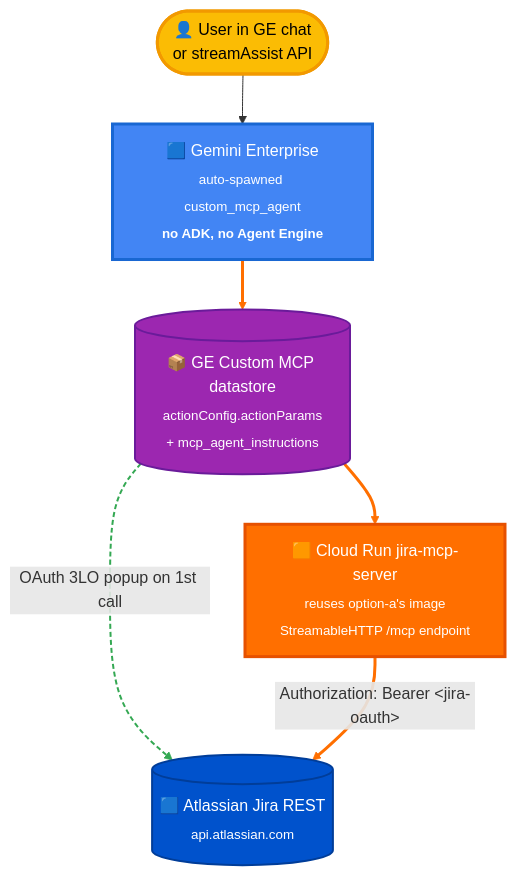
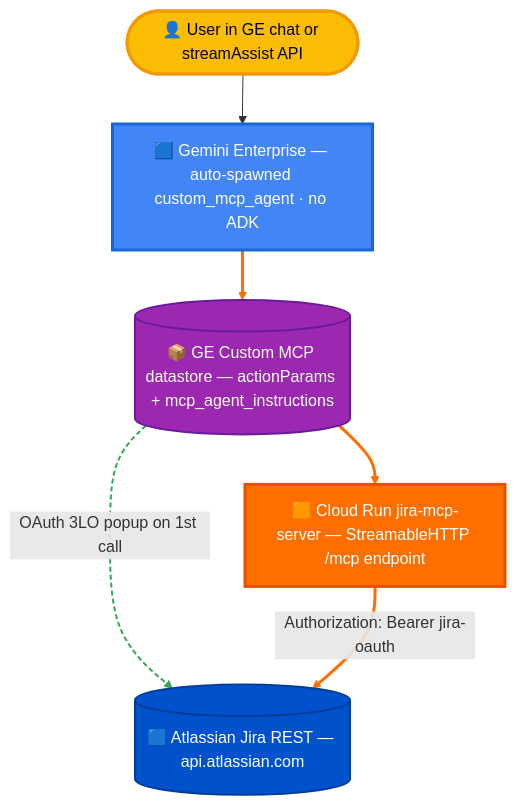
One commit to jchavezar/vertex-ai-samples changed the diagram in semiautonomous-agents/atlassian-jira-integration/option-c-custom-mcp-direct/README.md. Above: the diagram before and after it, drawn with Mermaid. The commit also changed 3 other files, not shown here.

Commit message:
fix(atlassian-jira-integration): collapse multi-line node labels to single-line so mermaid doesn't overlap text

````diff
--- a/semiautonomous-agents/atlassian-jira-integration/option-c-custom-mcp-direct/README.md
+++ b/semiautonomous-agents/atlassian-jira-integration/option-c-custom-mcp-direct/README.md
@@ -16,22 +16,22 @@
 ```mermaid
 flowchart TB
-  user(["👤 User in GE chat<br/>or streamAssist API"]):::user
-  ge["🟦 Gemini Enterprise<br/><sub>auto-spawned custom_mcp_agent</sub><br/><sub><b>no ADK, no Agent Engine</b></sub>"]:::ge
-  store[("📦 GE Custom MCP datastore<br/><sub>actionConfig.actionParams</sub><br/><sub>+ mcp_agent_instructions</sub>")]:::store
-  cr["🟧 Cloud Run jira-mcp-server<br/><sub>reuses option-a's image</sub><br/><sub>StreamableHTTP /mcp endpoint</sub>"]:::cr
-  jira[("🟦 Atlassian Jira REST<br/><sub>api.atlassian.com</sub>")]:::jira
+  user(["👤 User in GE chat or streamAssist API"]):::user
+  ge["🟦 Gemini Enterprise — auto-spawned custom_mcp_agent · no ADK"]:::ge
+  store[("📦 GE Custom MCP datastore — actionParams + mcp_agent_instructions")]:::store
+  cr["🟧 Cloud Run jira-mcp-server — StreamableHTTP /mcp endpoint"]:::cr
+  jira[("🟦 Atlassian Jira REST — api.atlassian.com")]:::jira
 
   user --> ge
   ge ==> store
   store -.->|OAuth 3LO popup on 1st call| jira
   store ==> cr
-  cr ==>|Authorization: Bearer &lt;jira-oauth&gt;| jira
+  cr ==>|Authorization: Bearer jira-oauth| jira
 
   classDef user fill:#FBBC04,stroke:#F29900,stroke-width:3px,color:#000
   classDef ge fill:#4285F4,stroke:#1967D2,stroke-width:3px,color:#fff
   classDef store fill:#9C27B0,stroke:#6A1B9A,stroke-width:2px,color:#fff
   classDef cr fill:#FF6F00,stroke:#E65100,stroke-width:3px,color:#fff
   classDef jira fill:#0052CC,stroke:#003D99,stroke-width:2px,color:#fff
   linkStyle 1,3,4 stroke:#FF6F00,stroke-width:3px
   linkStyle 2 stroke:#34A853,stroke-width:2px,stroke-dasharray:5 3
 ```
````
